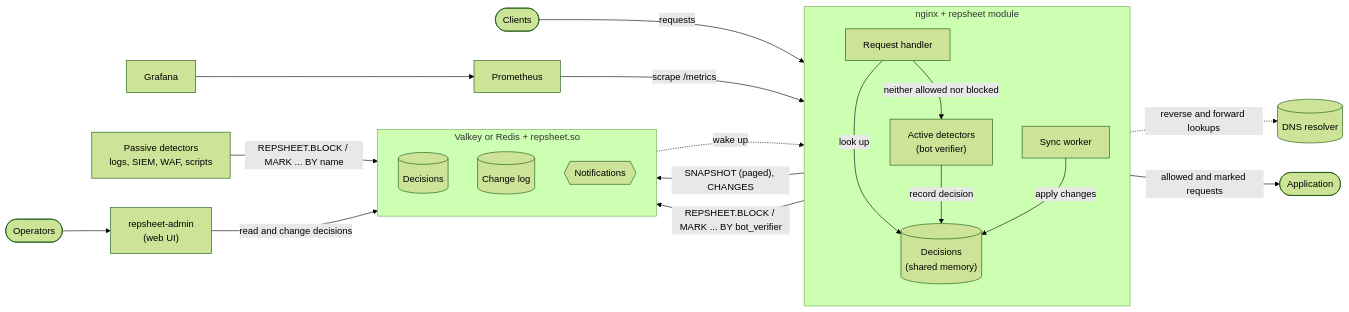
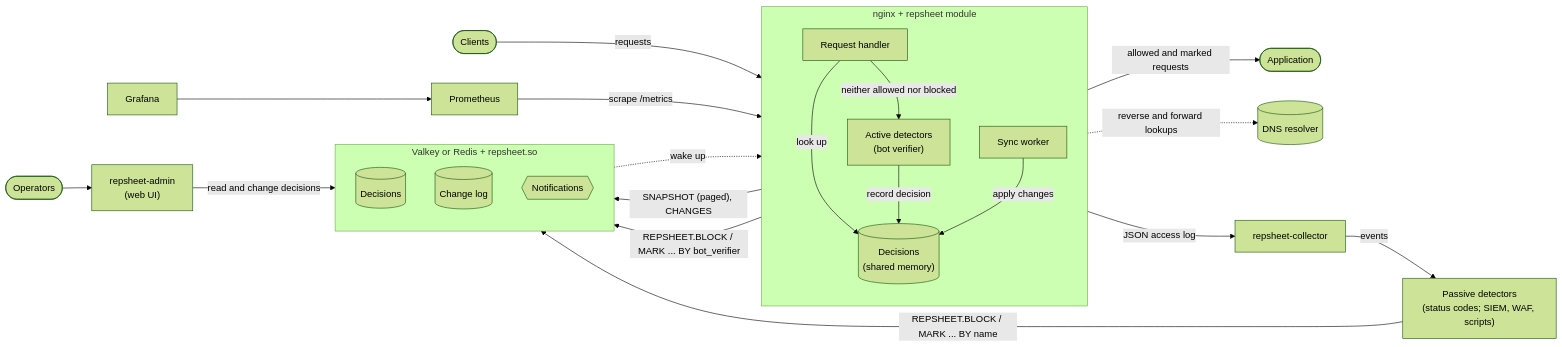
One commit to repsheet/repsheet changed the diagram in README.md. Above: the diagram before and after it, drawn with Mermaid (forest theme). The commit also changed other lines of this file and 25 other files, not shown here.

First line of the commit message:
Add the first passive detector: status codes, fed by a log collector

````diff
--- a/README.md
+++ b/README.md
@@ -18,38 +21,40 @@
 ```mermaid
 flowchart LR
     clients([Clients])
 
     subgraph nginx ["nginx + repsheet module"]
         direction TB
         handler["Request handler"]
         store[("Decisions<br/>(shared memory)")]
         active["Active detectors<br/>(bot verifier)"]
         sync["Sync worker"]
         handler -- "look up" --> store
         handler -- "neither allowed nor blocked" --> active
         active -- "record decision" --> store
         sync -- "apply changes" --> store
     end
 
     clients -- requests --> nginx
     nginx -- "allowed and marked requests" --> app([Application])
 
     subgraph valkey ["Valkey or Redis + repsheet.so"]
         direction TB
         decisions[("Decisions")]
         changes[("Change log")]
         notify{{"Notifications"}}
     end
 
     sync -- "SNAPSHOT (paged), CHANGES" --> valkey
     notify -. "wake up" .-> sync
     active -- "REPSHEET.BLOCK / MARK ... BY bot_verifier" --> valkey
     active -. "reverse and forward lookups" .-> dns[("DNS resolver")]
 
-    passive["Passive detectors<br/>logs, SIEM, WAF, scripts"] -- "REPSHEET.BLOCK / MARK ... BY name" --> valkey
+    nginx -- "JSON access log" --> collector["repsheet-collector"]
+    collector -- "events" --> passive["Passive detectors<br/>(status codes; SIEM, WAF, scripts)"]
+    passive -- "REPSHEET.BLOCK / MARK ... BY name" --> valkey
     people([Operators]) --> admin["repsheet-admin<br/>(web UI)"]
     admin -- "read and change decisions" --> valkey
 
     prometheus["Prometheus"] -- "scrape /metrics" --> nginx
     grafana["Grafana"] --> prometheus
 ```
````
